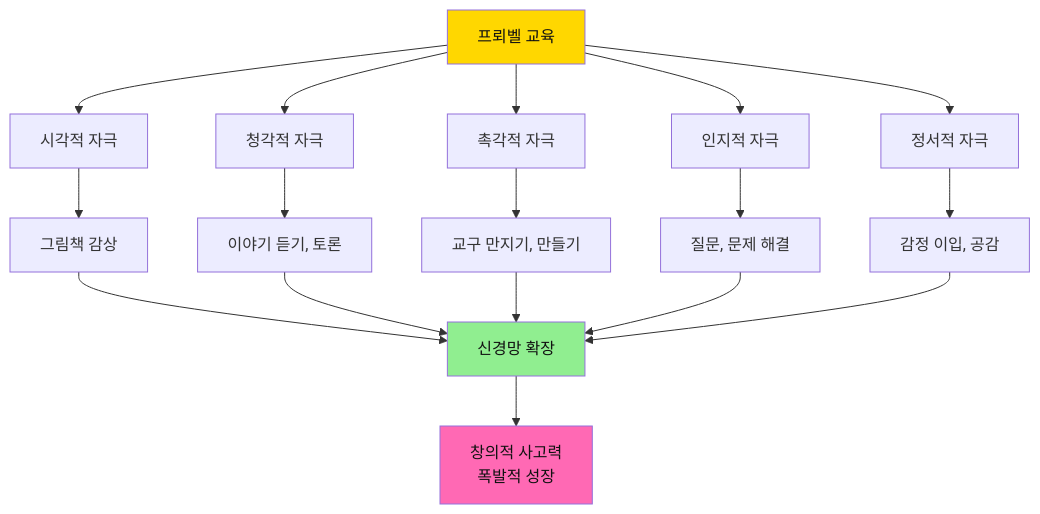
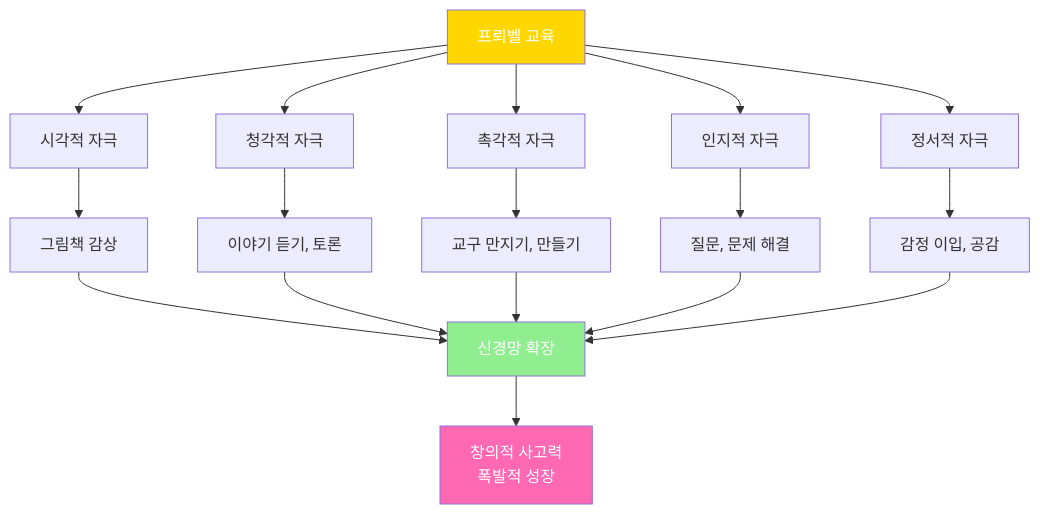
One commit to Collegenie-X/froebel changed the fourth of 34 diagrams in 3단계_프뢰벨_FAQ_핵심가치.md. Above: the diagram before and after it, drawn with Mermaid. The commit also changed other lines of this file and 4 other files, not shown here.

````diff
--- a/3단계_프뢰벨_FAQ_핵심가치.md
+++ b/3단계_프뢰벨_FAQ_핵심가치.md
@@ -168,26 +168,26 @@
 ```mermaid
 graph TD
     A[프뢰벨 교육] --> B[시각적 자극]
     A --> C[청각적 자극]
     A --> D[촉각적 자극]
     A --> E[인지적 자극]
     A --> F[정서적 자극]
     
     B --> G[그림책 감상]
     C --> H[이야기 듣기, 토론]
     D --> I[교구 만지기, 만들기]
     E --> J[질문, 문제 해결]
     F --> K[감정 이입, 공감]
     
     G --> L[신경망 확장]
     H --> L
     I --> L
     J --> L
     K --> L
     
     L --> M[창의적 사고력<br/>폭발적 성장]
     
-    style A fill:#FFD700,color:#111
-    style L fill:#90EE90,color:#111
-    style M fill:#FF69B4,color:#111
+    style A fill:#FFD700,color:#fff
+    style L fill:#90EE90,color:#fff
+    style M fill:#FF69B4,color:#fff
 ```
````
